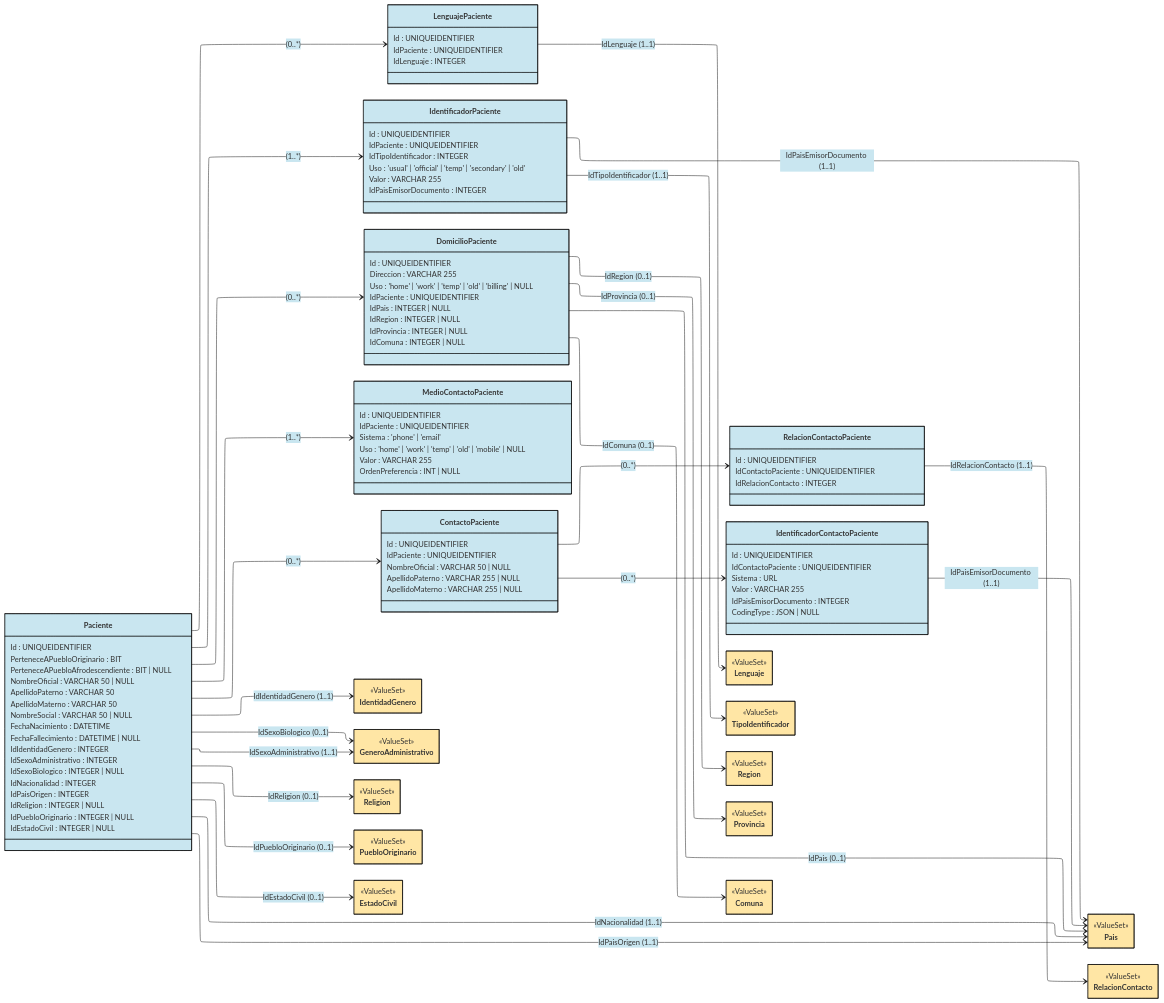
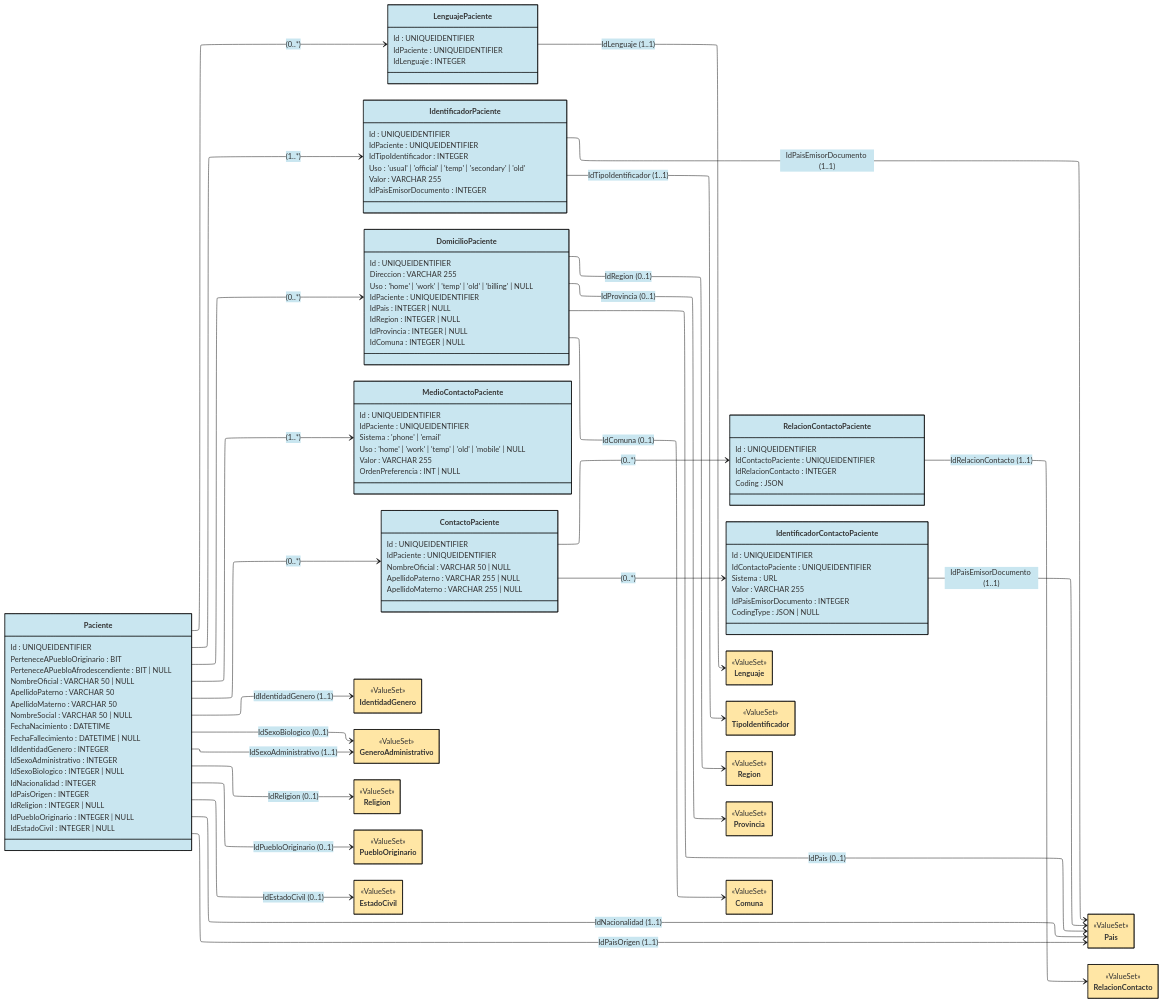
One commit to chris-f23/diagramas-fhir-tei changed the diagram in docs/Paciente.v4.mmd. Above: the diagram before and after it, drawn with Mermaid. The commit also changed 4 other files, not shown here.

```diff
--- a/docs/Paciente.v4.mmd
+++ b/docs/Paciente.v4.mmd
@@ -85,6 +85,9 @@
   Id : UNIQUEIDENTIFIER
   IdContactoPaciente : UNIQUEIDENTIFIER
   IdRelacionContacto : INTEGER
+
+  %% https://build.fhir.org/ig/Minsal-CL/SIGTEv2-IG/StructureDefinition-PatientLE-definitions.html#key_Patient.contact.relationship.coding
+  Coding : JSON
 }
 
 class IdentificadorContactoPaciente {
```
